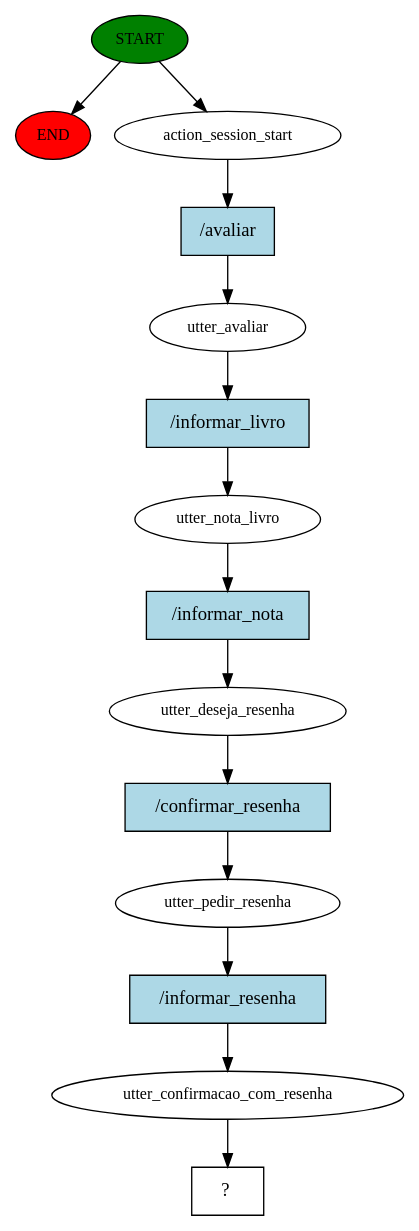
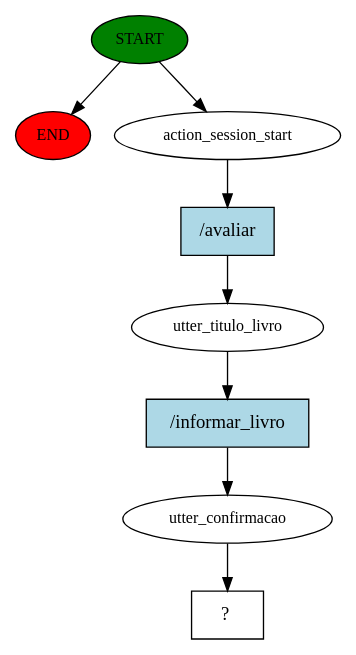
The diagram in story_graph.dot (liviacoutinho/BookBot), drawn with Graphviz before and after one commit. The commit also changed 10 other files, not shown here.

```diff
--- a/story_graph.dot
+++ b/story_graph.dot
@@ -1,29 +1,17 @@
 digraph  {
 0 [class="start active", fillcolor=green, fontsize=12, label=START, style=filled];
 "-1" [class=end, fillcolor=red, fontsize=12, label=END, style=filled];
 1 [class=active, fontsize=12, label=action_session_start];
-2 [class=active, fontsize=12, label=utter_avaliar];
-3 [class=active, fontsize=12, label=utter_nota_livro];
-4 [class=active, fontsize=12, label=utter_deseja_resenha];
-5 [class=active, fontsize=12, label=utter_pedir_resenha];
-6 [class=active, fontsize=12, label=utter_confirmacao_com_resenha];
-7 [class="intent dashed active", label="  ?  ", shape=rect];
-8 [class="intent active", fillcolor=lightblue, label="/avaliar", shape=rect, style=filled];
-9 [class="intent active", fillcolor=lightblue, label="/informar_livro", shape=rect, style=filled];
-10 [class="intent active", fillcolor=lightblue, label="/informar_nota", shape=rect, style=filled];
-11 [class="intent active", fillcolor=lightblue, label="/confirmar_resenha", shape=rect, style=filled];
-12 [class="intent active", fillcolor=lightblue, label="/informar_resenha", shape=rect, style=filled];
+2 [class=active, fontsize=12, label=utter_titulo_livro];
+3 [class=active, fontsize=12, label=utter_confirmacao];
+4 [class="intent dashed active", label="  ?  ", shape=rect];
+5 [class="intent active", fillcolor=lightblue, label="/avaliar", shape=rect, style=filled];
+6 [class="intent active", fillcolor=lightblue, label="/informar_livro", shape=rect, style=filled];
 0 -> "-1"  [class="", key=NONE, label=""];
 0 -> 1  [class=active, key=NONE, label=""];
-1 -> 8  [class=active, key=0];
-2 -> 9  [class=active, key=0];
-3 -> 10  [class=active, key=0];
-4 -> 11  [class=active, key=0];
-5 -> 12  [class=active, key=0];
-6 -> 7  [class=active, key=NONE, label=""];
-8 -> 2  [class=active, key=0];
-9 -> 3  [class=active, key=0];
-10 -> 4  [class=active, key=0];
-11 -> 5  [class=active, key=0];
-12 -> 6  [class=active, key=0];
+1 -> 5  [class=active, key=0];
+2 -> 6  [class=active, key=0];
+3 -> 4  [class=active, key=NONE, label=""];
+5 -> 2  [class=active, key=0];
+6 -> 3  [class=active, key=0];
 }
```
